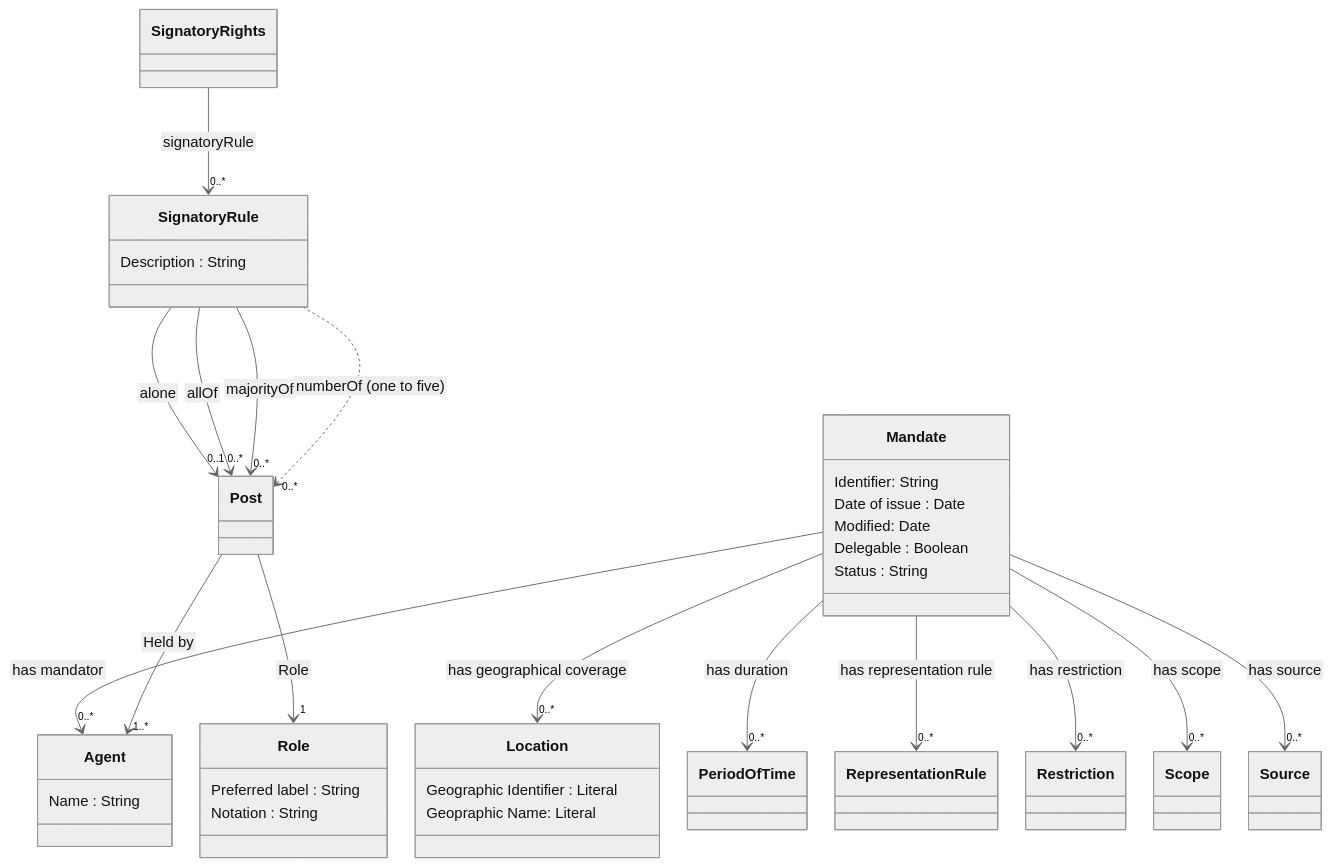
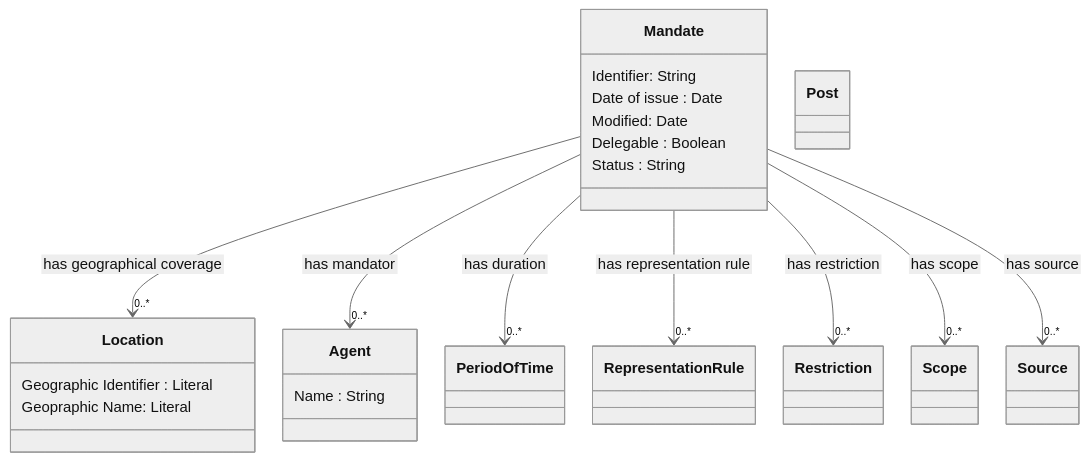
Before and after one commit to nordicsmartgovernment/Nordic-Signatory-Rights-Model: the diagram in README.md, drawn with Mermaid (neutral theme).

````diff
--- a/README.md
+++ b/README.md
@@ -22,53 +22,34 @@
 ```mermaid
  %%{init:{'flowchart':{'nodeSpacing': 30, 'rankSpacing': 95, 'htmlLabels': false}}}%%
     classDiagram
        
         class Mandate {
             Identifier: String
             Date of issue : Date
             Modified: Date
             Delegable : Boolean
             Status : String
         }
 
         Mandate --> "0..*" Location : has geographical coverage
         Mandate --> "0..*" Agent : has mandator
         Mandate --> "0..*" Period Of Time : has duration
         Mandate --> "0..*" Representation Rule : has representation rule
         Mandate --> "0..*" Restriction : has restriction
         Mandate --> "0..*" Scope : has scope
         Mandate --> "0..*" Source : has source
 
         class Location {
             Geographic Identifier : Literal
             Geopraphic Name: Literal
         }
 
-        SignatoryRights --> "0..*" SignatoryRule : signatoryRule
-
-        class SignatoryRule {
-            Description : String
-        }
-
-        SignatoryRule --> "0..1" Post : alone
-        SignatoryRule --> "0..*" Post : allOf
-        SignatoryRule --> "0..*" Post : majorityOf
-        SignatoryRule ..> "0..*" Post : numberOf (one to five)
-
         class Post {
 
-        }
-
-        Post --> "1..*" Agent : Held by
-        Post --> "1" Role : Role
-
-        class Role {
-            Preferred label : String
-            Notation : String
         }
 
         class Agent {
             Name : String
         }
 
 ```
````
